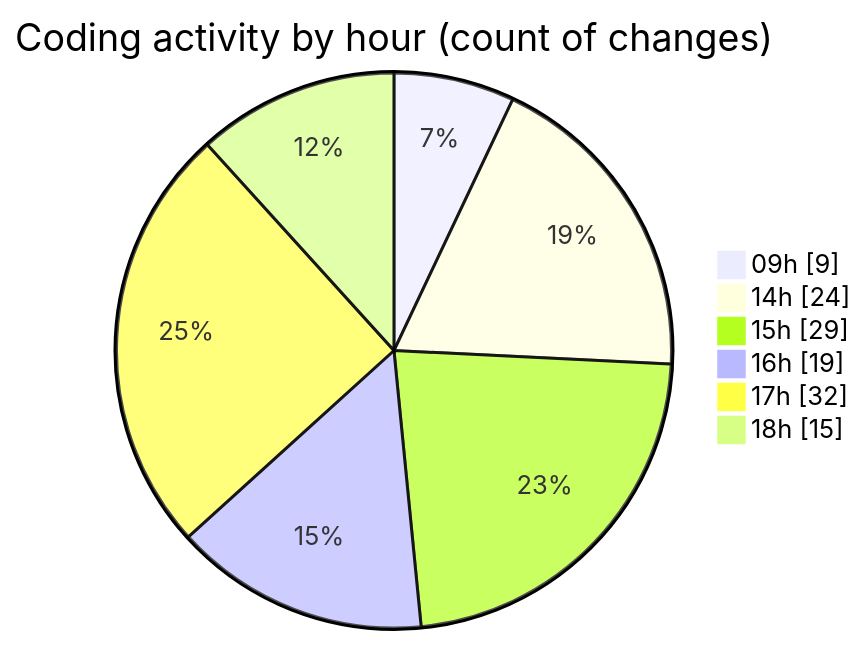
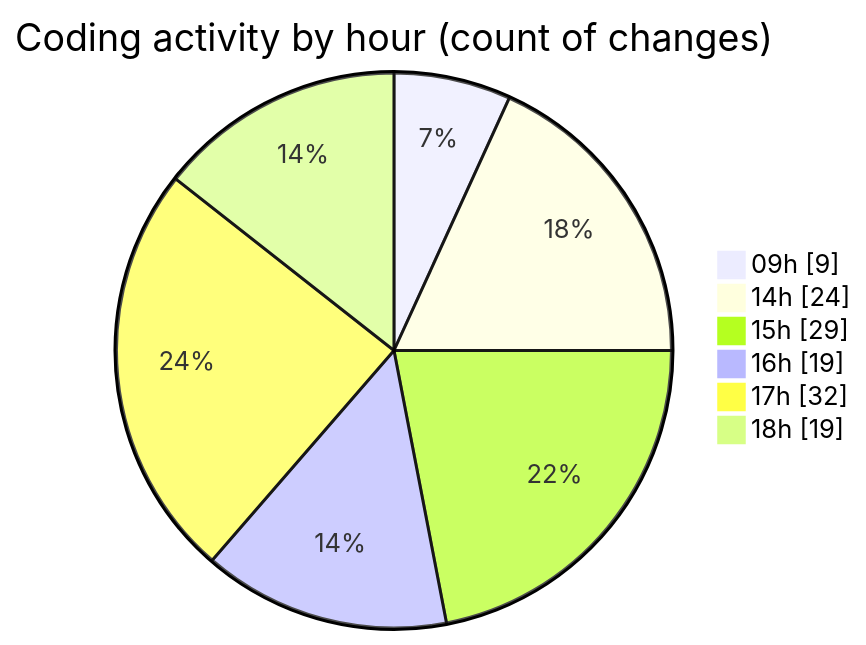
Before and after one commit to julien-gomy/code-tracking: the second of 2 diagrams in 2025-11-25/eventscop-frontend-guide__workspace_/README.md, drawn with Mermaid. The commit also changed other lines of this file and 1 other file, not shown here.

````diff
--- a/2025-11-25/eventscop-frontend-guide__workspace_/README.md
+++ b/2025-11-25/eventscop-frontend-guide__workspace_/README.md
@@ -53,10 +54,10 @@
 ```mermaid
 pie showData
 title Coding activity by hour (count of changes)
 "09h" : 9
 "14h" : 24
 "15h" : 29
 "16h" : 19
 "17h" : 32
-"18h" : 15
+"18h" : 19
 ```
````
